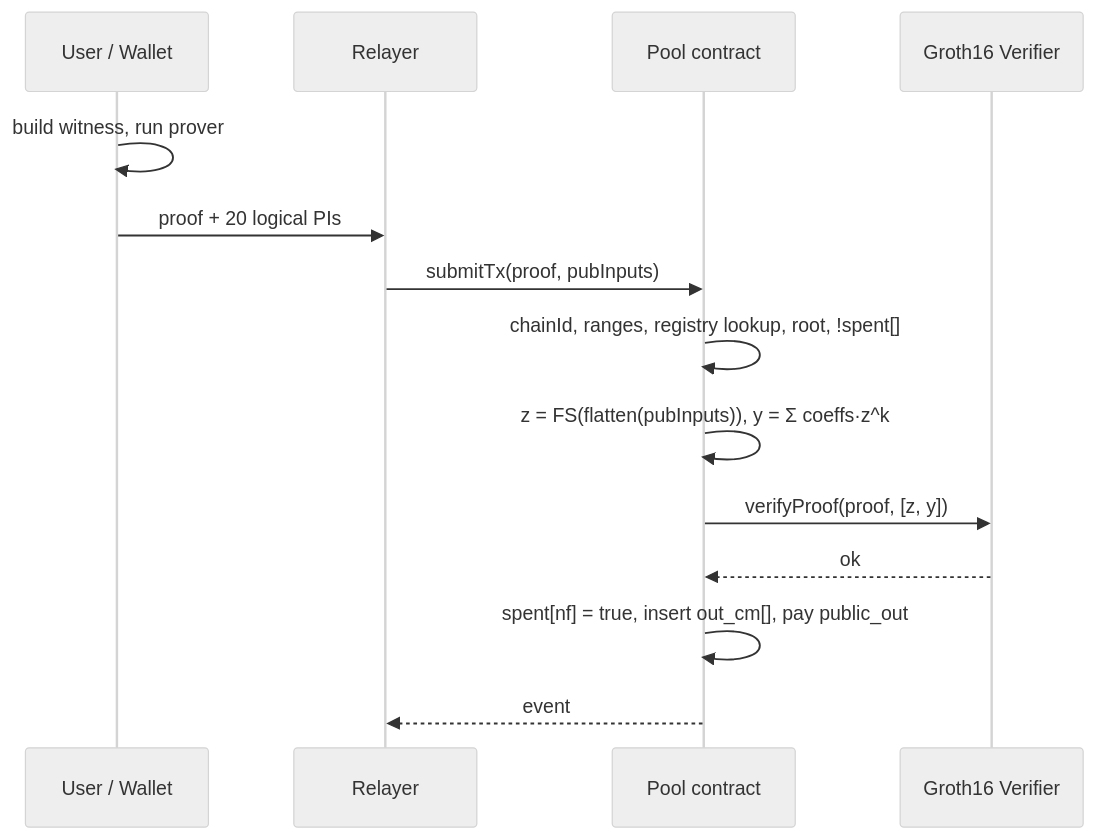
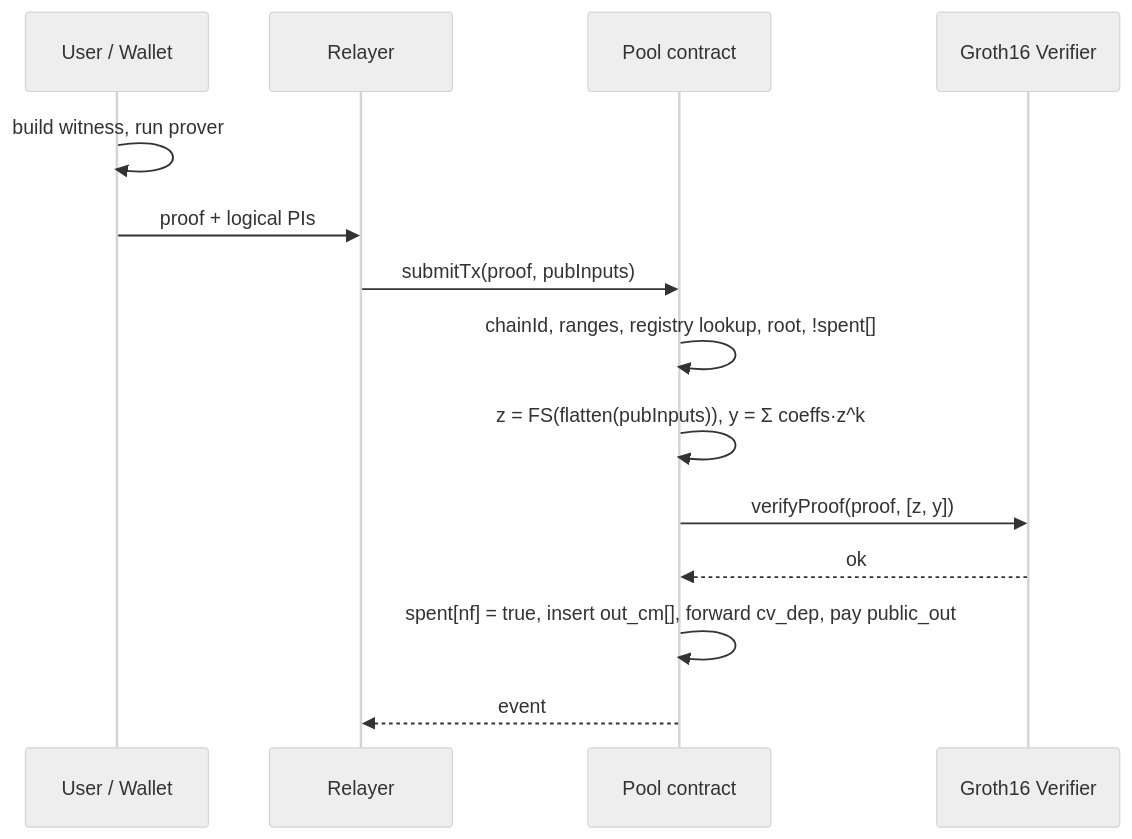
The fifth of 5 diagrams in src/README.md (lelantos-org/circuits), drawn with Mermaid (neutral theme) before and after one commit. The commit also changed other lines of this file and 20 other files, not shown here.

````diff
--- a/src/README.md
+++ b/src/README.md
@@ -511,16 +531,16 @@
 ```mermaid
 sequenceDiagram
     participant U as User / Wallet
     participant R as Relayer
     participant C as Pool contract
     participant V as Groth16 Verifier
     U->>U: build witness, run prover
-    U->>R: proof + 20 logical PIs
+    U->>R: proof + logical PIs
     R->>C: submitTx(proof, pubInputs)
     C->>C: chainId, ranges, registry lookup, root, !spent[]
     C->>C: z = FS(flatten(pubInputs)), y = Σ coeffs·z^k
     C->>V: verifyProof(proof, [z, y])
     V-->>C: ok
-    C->>C: spent[nf] = true, insert out_cm[], pay public_out
+    C->>C: spent[nf] = true, insert out_cm[], forward cv_dep, pay public_out
     C-->>R: event
 ```
````
